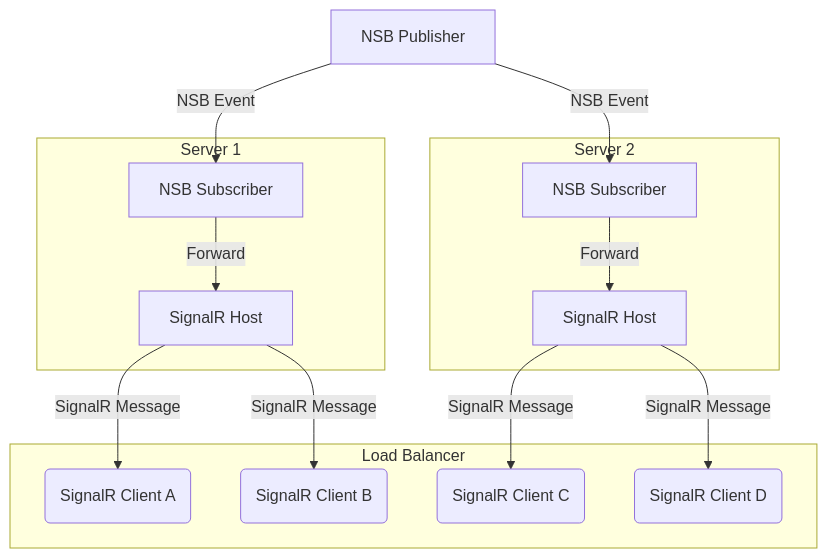
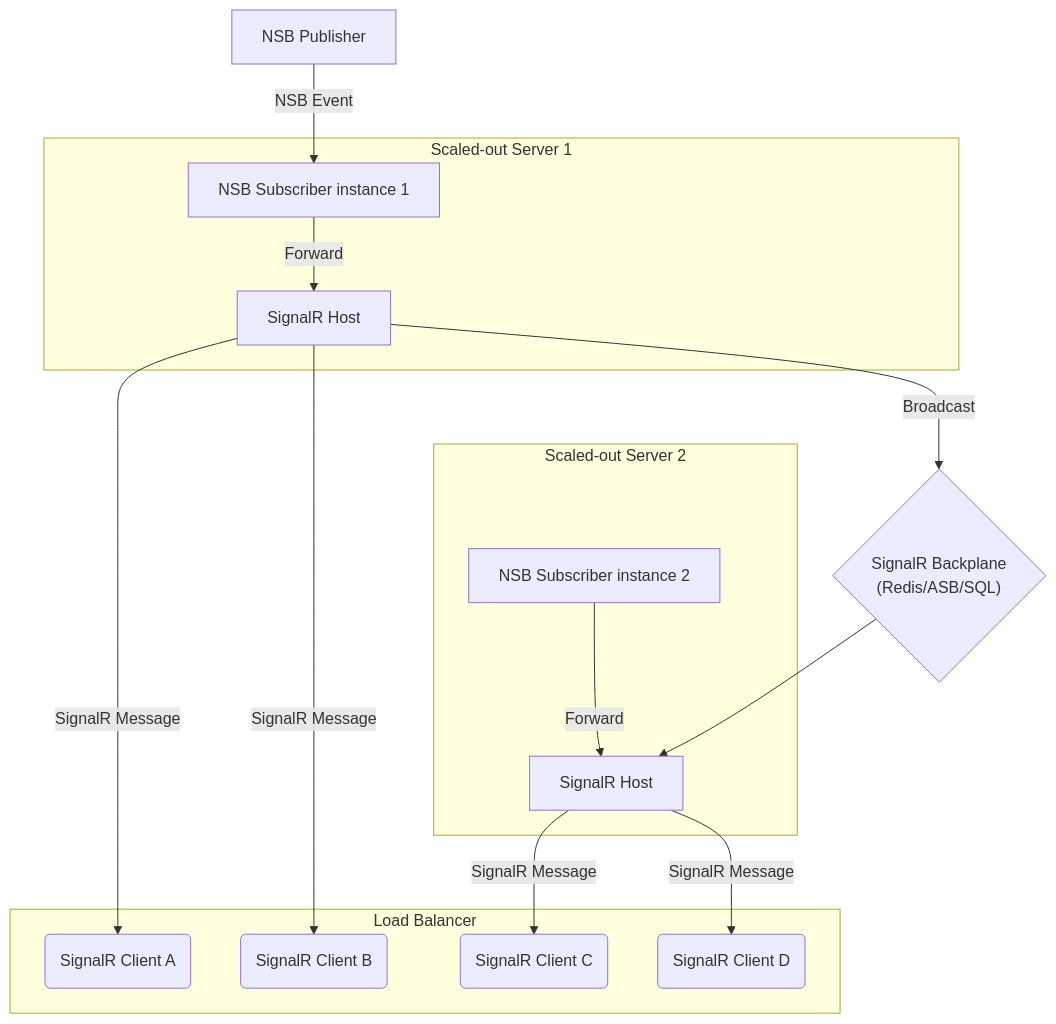
The diagram in samples/near-realtime-clients/sample.md (Particular/docs.particular.net), drawn with Mermaid before and after one commit. The commit also changed other lines of this file, not shown here.

Commit message:
Remove simple scenario. Update diagram/description

````diff
--- a/samples/near-realtime-clients/sample.md
+++ b/samples/near-realtime-clients/sample.md
@@ -72,26 +68,28 @@
 ```mermaid
 graph TD
-A[NSB Publisher]
-   subgraph Server 1
-      NS1[NSB Subscriber]
+NP[NSB Publisher]
+   subgraph Scaled-out Server 1
+      NS1[NSB Subscriber instance 1]
       SS1[SignalR Host]
    end
-   subgraph Server 2
-      NS2[NSB Subscriber]
+   subgraph Scaled-out Server 2
+      NS2[NSB Subscriber instance 2]
       SS2[SignalR Host]
    end
    subgraph Load Balancer
       CA(SignalR Client A)
       CB(SignalR Client B)
       CC(SignalR Client C)
       CD(SignalR Client D)
    end
-A -->|NSB Event|NS1
-A -->|NSB Event|NS2
+   BP{"SignalR Backplane<br/>(Redis/ASB/SQL)"}
+NP -->|NSB Event|NS1
 NS1-->|Forward|SS1
 NS2-->|Forward|SS2
+SS1-->|Broadcast|BP
+BP-->SS2
 SS1-->|SignalR Message|CA
 SS1-->|SignalR Message|CB
 SS2-->|SignalR Message|CC
 SS2-->|SignalR Message|CD
 ```
````
